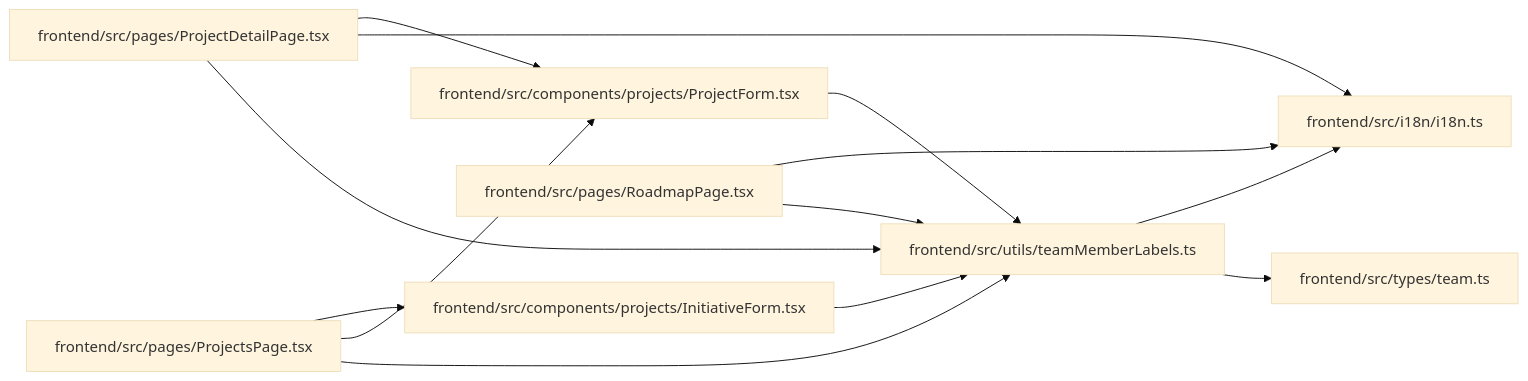
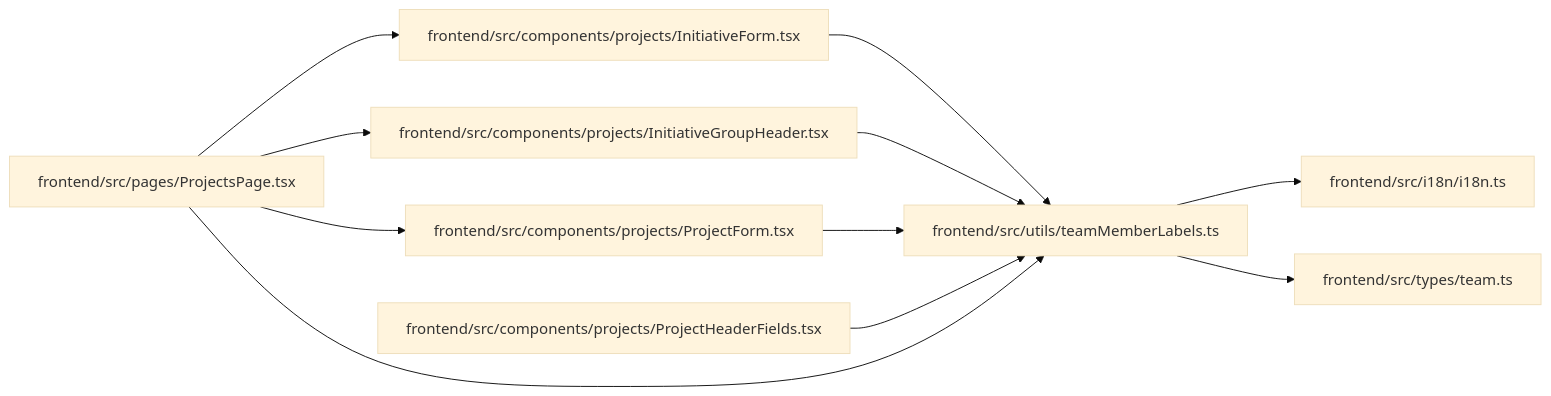
The diagram in docs/llm_wiki/modules/teamMemberLabels.md (Denissvgn/WorkChord), drawn with Mermaid (base theme) before and after one commit. The commit also changed other lines of this file and 2373 other files, not shown here.

````diff
--- a/docs/llm_wiki/modules/teamMemberLabels.md
+++ b/docs/llm_wiki/modules/teamMemberLabels.md
@@ -29,31 +29,29 @@
 ```mermaid
 flowchart LR
     n0["frontend/src/components/projects/InitiativeForm.tsx"]
-    n1["frontend/src/components/projects/ProjectForm.tsx"]
-    n2["frontend/src/i18n/i18n.ts"]
-    n3["frontend/src/pages/ProjectDetailPage.tsx"]
-    n4["frontend/src/pages/ProjectsPage.tsx"]
-    n5["frontend/src/pages/RoadmapPage.tsx"]
+    n1["frontend/src/components/projects/InitiativeGroupHeader.tsx"]
+    n2["frontend/src/components/projects/ProjectForm.tsx"]
+    n3["frontend/src/components/projects/ProjectHeaderFields.tsx"]
+    n4["frontend/src/i18n/i18n.ts"]
+    n5["frontend/src/pages/ProjectsPage.tsx"]
     n6["frontend/src/types/team.ts"]
     n7["frontend/src/utils/teamMemberLabels.ts"]
     n0 --> n7
     n1 --> n7
-    n3 --> n1
-    n3 --> n2
+    n2 --> n7
     n3 --> n7
-    n4 --> n0
-    n4 --> n1
-    n4 --> n7
+    n5 --> n0
+    n5 --> n1
     n5 --> n2
     n5 --> n7
-    n7 --> n2
+    n7 --> n4
     n7 --> n6
     click n0 "../modules/InitiativeForm.md"
-    click n1 "../modules/ProjectForm.md"
-    click n2 "../modules/i18n.md"
-    click n3 "../modules/ProjectDetailPage.md"
-    click n4 "../modules/ProjectsPage.md"
-    click n5 "../modules/RoadmapPage.md"
+    click n1 "../modules/InitiativeGroupHeader.md"
+    click n2 "../modules/ProjectForm.md"
+    click n3 "../modules/ProjectHeaderFields.md"
+    click n4 "../modules/i18n.md"
+    click n5 "../modules/ProjectsPage.md"
     click n6 "../modules/types_team.md"
     click n7 "../modules/teamMemberLabels.md"
 ```
````
